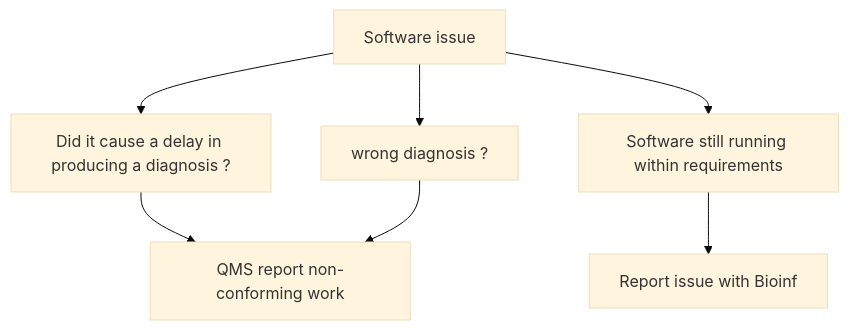
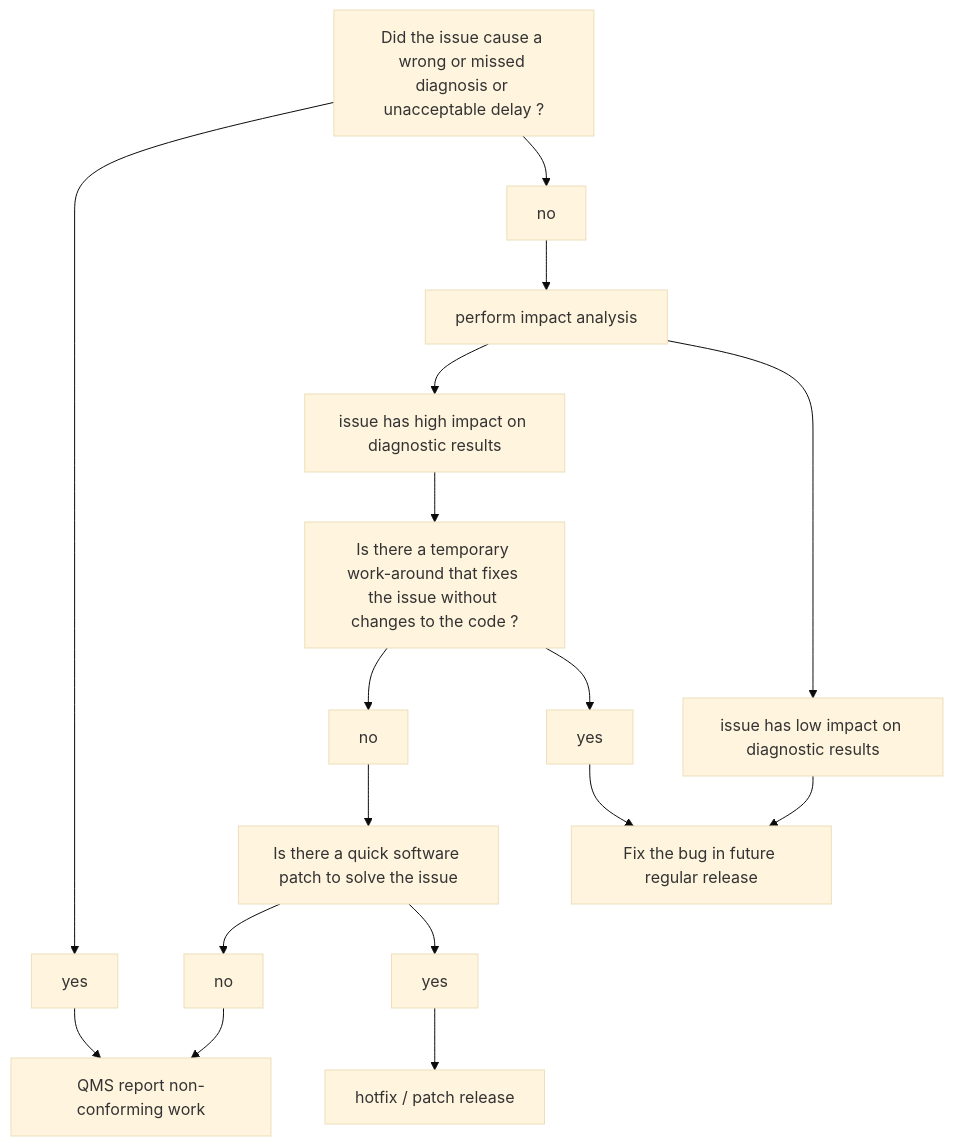
The diagram in docs/fieldnorm/user_feedback.md (VKGL-Kwaliteit/BioinformaticaVeldnorm), drawn with Mermaid (base theme) before and after one commit. The commit also changed other lines of this file and 1 other file, not shown here.

Commit message:
finished first draft of flow-chart

````diff
--- a/docs/fieldnorm/user_feedback.md
+++ b/docs/fieldnorm/user_feedback.md
@@ -28,9 +28,20 @@
 ```mermaid
 graph TD;
-    A[Software issue]-->B[Did it cause a delay in producing a diagnosis ?];
-    A-->C[wrong diagnosis ? ];
-    A-->D[Software still running within requirements];
+    A[Did the issue cause a wrong or missed diagnosis or unacceptable delay ?]-->B[yes];
+    A-->D[no];
+    D-->X[perform impact analysis]
+    X-->Y[issue has high impact on diagnostic results]
+    X-->Z[issue has low impact on diagnostic results]
+    Z-->G
+    Y-->C[Is there a temporary work-around that fixes the issue without changes to the code ? ];
     B-->E[QMS report non-conforming work];
-    C-->E;
-    D-->F[Report issue with Bioinf];
+    M-->F[hotfix / patch release];
+    C-->I[no];
+    C-->J[yes];
+    J-->G[Fix the bug in future regular release];
+    I-->K[Is there a quick software patch to solve the issue]
+    K-->L[no]
+    K-->M[yes]
+    L-->E
+
 ```
````
